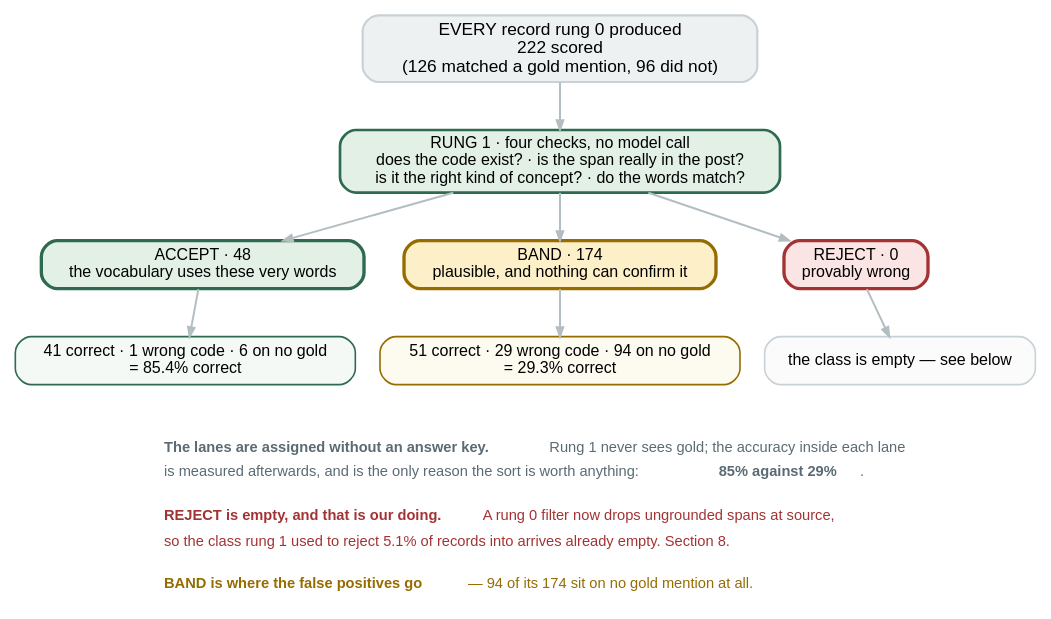
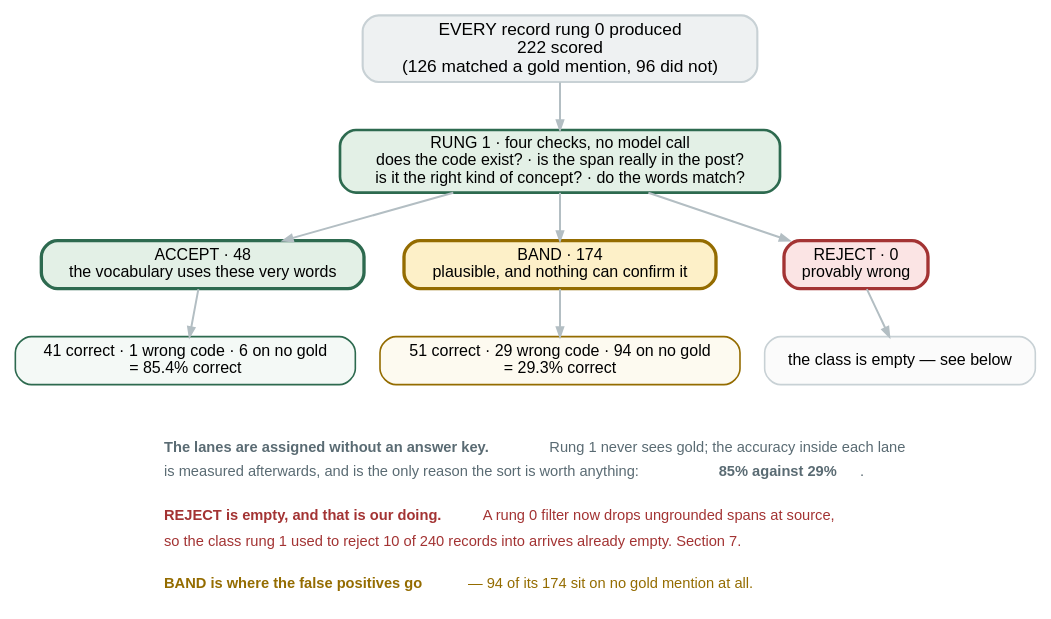
Before and after one commit to wbagais/reliability-ladder: the diagram in docs/figures/fig10-rung1.dot, drawn with Graphviz. The commit also changed 3 other files, not shown here.

```diff
--- a/docs/figures/fig10-rung1.dot
+++ b/docs/figures/fig10-rung1.dot
@@ -1,60 +1,66 @@
 // Rung 1 on CADEC dev, draw 0. Every record rung 0 emitted, sorted into three
 // lanes by deterministic checks alone — no model call, identical every run.
 //
 // WHAT ENTERS: everything. Rung 1 judges without routing, so it sees the false
 // positives too, not just the records that matched a gold mention.
 //
 // The correct / wrong / no-gold split inside each lane is scored afterwards
 // against gold; rung 1 itself never sees it. That is the whole point — the lane
 // is assigned from the vocabulary alone, and the accuracy inside it is what
 // makes the lane worth anything.
 //
 // Draws 1 and 2: ACCEPT 85.7% / 85.1%, BAND 29.9% / 31.2%, REJECT 2 / 2.
+//
+// THE REJECT NOTE IS A DEV-TO-DEV COMPARISON and must stay one. It read "5.1% of
+// records" until 2026-09-03; that is phaseF-test-1, the TEST split, and pairing
+// it with a dev figure made a before/after out of two different populations. The
+// matched pair is full-ladder-dev-1's 10 of 240 against audit-full-dev-1's 1 of
+// 248, both dev.
 //
 // COLOUR KEY — the article's zone colours, unchanged from fig1-wiring:
 //   green #2d6a4f ACCEPT   amber #946c00 BAND   red #a33333 REJECT
 digraph rung1 {
   rankdir=TB; bgcolor="white";
   node [shape=box style="filled,rounded" fontname="Helvetica" fontsize=12
         color="#c8d1d5" penwidth=1.2];
   edge [color="#b3bec3" penwidth=1.5 arrowsize=0.7 fontname="Helvetica" fontsize=10];
 
   in [label="EVERY record rung 0 produced\n222 scored\n(126 matched a gold mention, 96 did not)"
       fillcolor="#eef1f2" fontsize=13 penwidth=1.6];
 
   chk [label="RUNG 1 · four checks, no model call\ndoes the code exist? · is the span really in the post?\nis it the right kind of concept? · do the words match?"
        fillcolor="#e3f0e6" color="#2d6a4f" penwidth=2];
 
   acc [label="ACCEPT · 48\nthe vocabulary uses these very words"
        fillcolor="#e3f0e6" color="#2d6a4f" penwidth=2.5];
   band[label="BAND · 174\nplausible, and nothing can confirm it"
        fillcolor="#fdf0c8" color="#946c00" penwidth=2.5];
   rej [label="REJECT · 0\nprovably wrong"
        fillcolor="#fbe4e4" color="#a33333" penwidth=2.5];
 
   accd [label="41 correct · 1 wrong code · 6 on no gold\n= 85.4% correct"
         fillcolor="#f4f9f6" color="#2d6a4f"];
   bandd[label="51 correct · 29 wrong code · 94 on no gold\n= 29.3% correct"
         fillcolor="#fdfaf0" color="#946c00"];
   rejd [label="the class is empty — see below"
         fillcolor="#fbfbfb" color="#c8d1d5"];
 
   in -> chk;
   chk -> acc; chk -> band; chk -> rej;
   acc -> accd; band -> bandd; rej -> rejd;
 
   { rank=same; acc; band; rej }
   { rank=same; accd; bandd; rejd }
 
   note [shape=plaintext style="" fillcolor="white"
         label=<<TABLE BORDER="0" CELLBORDER="0" CELLSPACING="0" CELLPADDING="3">
         <TR><TD ALIGN="LEFT"><FONT POINT-SIZE="11" COLOR="#5a6b73"><B>The lanes are assigned without an answer key.</B> Rung 1 never sees gold; the accuracy inside each lane</FONT></TD></TR>
         <TR><TD ALIGN="LEFT"><FONT POINT-SIZE="11" COLOR="#5a6b73">is measured afterwards, and is the only reason the sort is worth anything: <B>85% against 29%</B>.</FONT></TD></TR>
         <TR><TD ALIGN="LEFT"><FONT POINT-SIZE="8"> </FONT></TD></TR>
         <TR><TD ALIGN="LEFT"><FONT POINT-SIZE="11" COLOR="#a33333"><B>REJECT is empty, and that is our doing.</B> A rung 0 filter now drops ungrounded spans at source,</FONT></TD></TR>
-        <TR><TD ALIGN="LEFT"><FONT POINT-SIZE="11" COLOR="#a33333">so the class rung 1 used to reject 5.1% of records into arrives already empty. Section 8.</FONT></TD></TR>
+        <TR><TD ALIGN="LEFT"><FONT POINT-SIZE="11" COLOR="#a33333">so the class rung 1 used to reject 10 of 240 records into arrives already empty. Section 7.</FONT></TD></TR>
         <TR><TD ALIGN="LEFT"><FONT POINT-SIZE="8"> </FONT></TD></TR>
         <TR><TD ALIGN="LEFT"><FONT POINT-SIZE="11" COLOR="#946c00"><B>BAND is where the false positives go</B> — 94 of its 174 sit on no gold mention at all.</FONT></TD></TR>
         </TABLE>>];
   bandd -> note [style=invis];
 }
```
